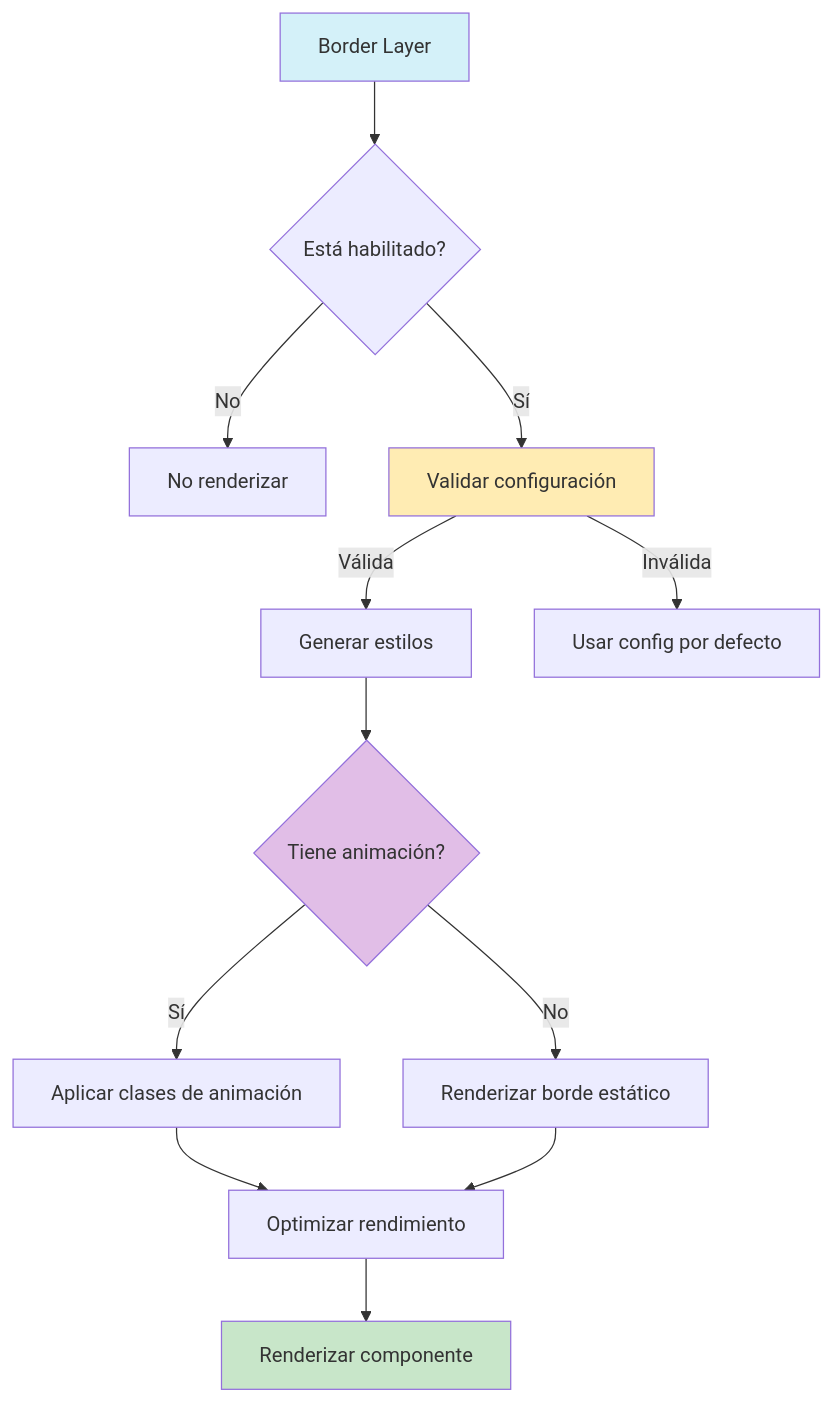
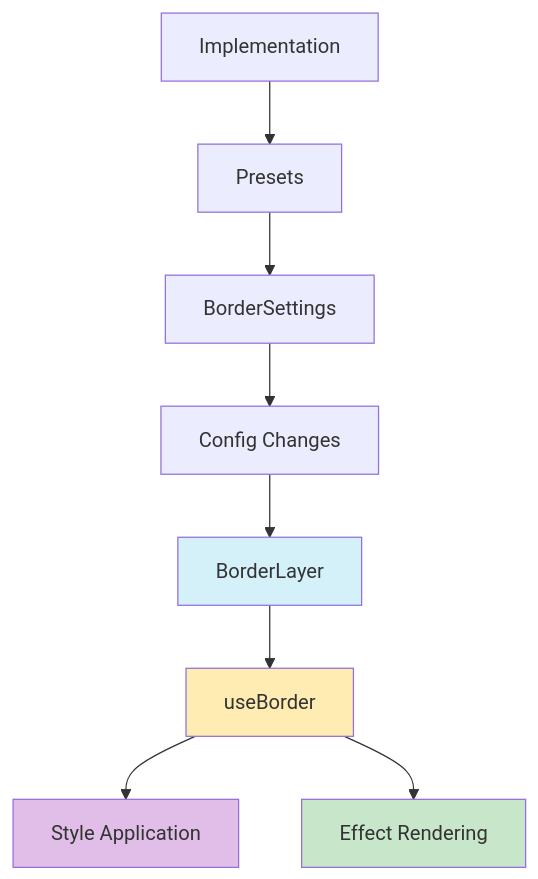
The diagram in src/components/features/entity-cards/layers/border/README.md (gvastethecreator/media-manager), drawn with Mermaid before and after one commit. The commit also changed other lines of this file and 161 other files, not shown here.

````diff
--- a/src/components/features/entity-cards/layers/border/README.md
+++ b/src/components/features/entity-cards/layers/border/README.md
@@ -133,23 +23,17 @@
 ```mermaid
 graph TD
-    A[Border Layer] --> B{Está habilitado?}
-    B -->|No| C[No renderizar]
-    B -->|Sí| D[Validar configuración]
+    A[BorderLayer] --> B[useBorder]
+    B --> C[Style Application]
+    B --> D[Effect Rendering]
 
-    D -->|Válida| E[Generar estilos]
-    D -->|Inválida| F[Usar config por defecto]
+    E[BorderSettings] --> F[Config Changes]
+    F --> A
 
-    E --> G{Tiene animación?}
-    G -->|Sí| H[Aplicar clases de animación]
-    G -->|No| I[Renderizar borde estático]
-
-    H --> J[Optimizar rendimiento]
-    I --> J
-
-    J --> K[Renderizar componente]
+    G[Implementation] --> H[Presets]
+    H --> E
 
     style A fill:#d4f1f9
-    style D fill:#ffecb3
-    style G fill:#e1bee7
-    style K fill:#c8e6c9
+    style B fill:#ffecb3
+    style C fill:#e1bee7
+    style D fill:#c8e6c9
 ```
````
